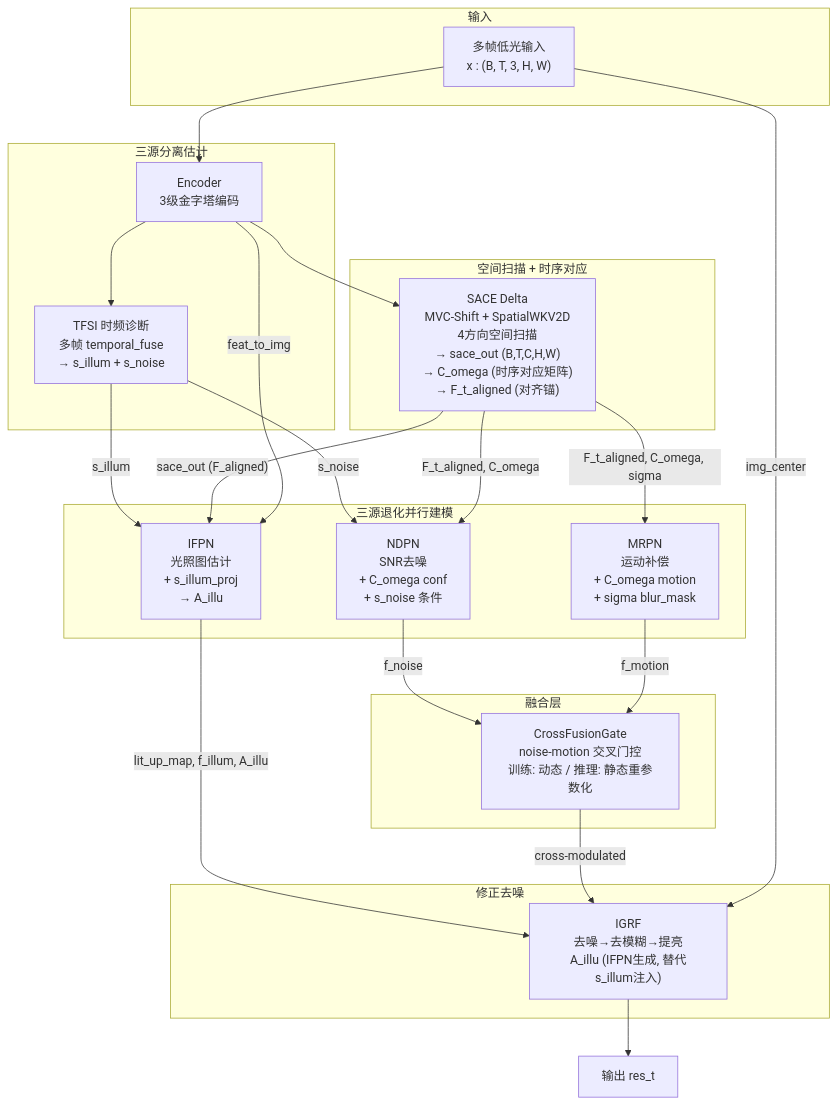
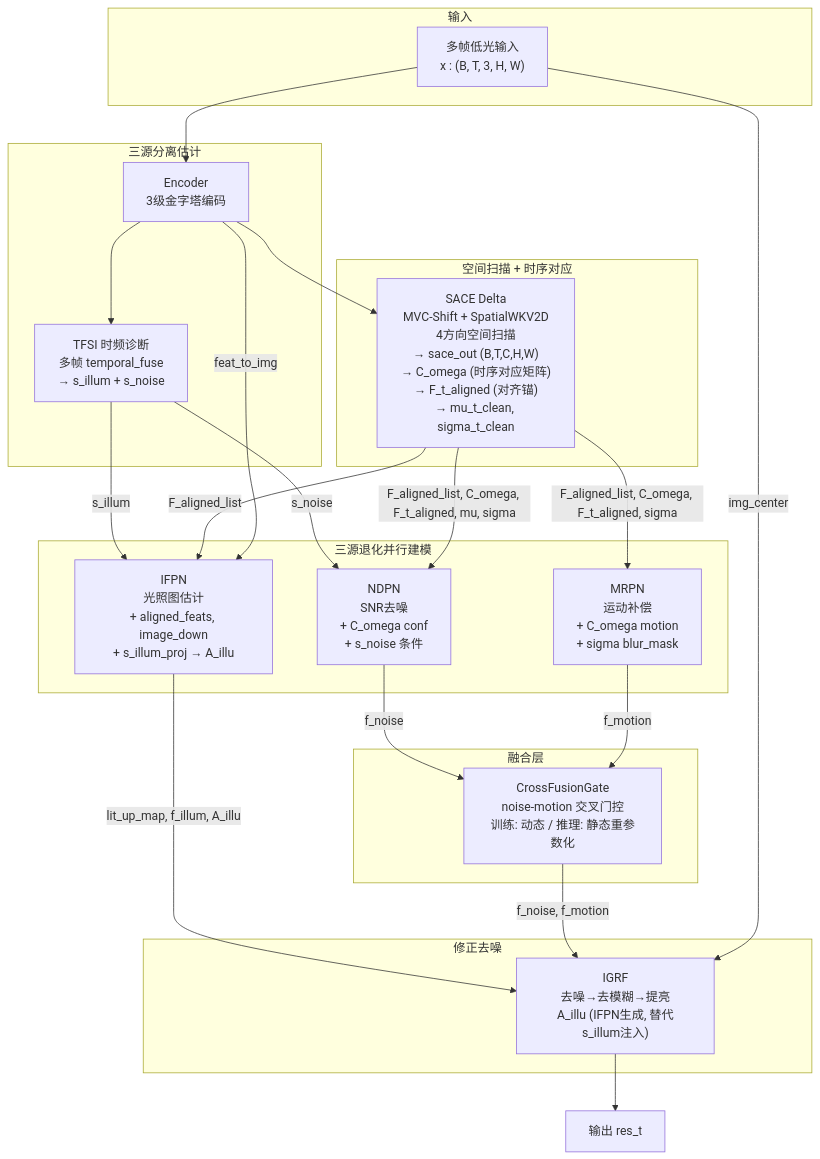
The first of 2 diagrams in docs/v6/RWKV-Delta-model/v6-delta-diagrams.md (chendeming2002/TFS-Net), drawn with Mermaid before and after one commit. The commit also changed other lines of this file, not shown here.

Commit message:
Delta1-Flight I Full-Scale Development: 结构图同步最新实现

````diff
--- a/docs/v6/RWKV-Delta-model/v6-delta-diagrams.md
+++ b/docs/v6/RWKV-Delta-model/v6-delta-diagrams.md
@@ -5,50 +5,50 @@
 ```mermaid
 flowchart TD
     subgraph 输入
         IN["多帧低光输入<br/>x : (B, T, 3, H, W)"]
     end
 
     subgraph 诊断层["三源分离估计"]
         ENC["Encoder<br/>3级金字塔编码"]
         TFSI["TFSI 时频诊断<br/>多帧 temporal_fuse<br/>→ s_illum + s_noise"]
     end
 
     subgraph 对齐层["空间扫描 + 时序对应"]
-        SACE["SACE Delta<br/>MVC-Shift + SpatialWKV2D<br/>4方向空间扫描<br/>→ sace_out (B,T,C,H,W)<br/>→ C_omega (时序对应矩阵)<br/>→ F_t_aligned (对齐锚)"]
+        SACE["SACE Delta<br/>MVC-Shift + SpatialWKV2D<br/>4方向空间扫描<br/>→ sace_out (B,T,C,H,W)<br/>→ C_omega (时序对应矩阵)<br/>→ F_t_aligned (对齐锚)<br/>→ mu_t_clean, sigma_t_clean"]
     end
 
     subgraph 处理层["三源退化并行建模"]
-        IFPN["IFPN<br/>光照图估计<br/>+ s_illum_proj<br/>→ A_illu"]
+        IFPN["IFPN<br/>光照图估计<br/>+ aligned_feats, image_down<br/>+ s_illum_proj → A_illu"]
         NDPN["NDPN<br/>SNR去噪<br/>+ C_omega conf<br/>+ s_noise 条件"]
         MRPN["MRPN<br/>运动补偿<br/>+ C_omega motion<br/>+ sigma blur_mask"]
     end
 
     subgraph 融合层
         CXF["CrossFusionGate<br/>noise-motion 交叉门控<br/>训练: 动态 / 推理: 静态重参数化"]
     end
 
     subgraph 执行层["修正去噪"]
         IGRF["IGRF<br/>去噪→去模糊→提亮<br/>A_illu (IFPN生成, 替代s_illum注入)"]
     end
 
     OUT["输出 res_t"]
 
     IN --> ENC
     ENC --> TFSI
     ENC --> SACE
     TFSI -- "s_illum" --> IFPN
     TFSI -- "s_noise" --> NDPN
 
-    SACE -- "sace_out (F_aligned)" --> IFPN
-    SACE -- "F_t_aligned, C_omega" --> NDPN
-    SACE -- "F_t_aligned, C_omega, sigma" --> MRPN
+    SACE -- "F_aligned_list" --> IFPN
+    SACE -- "F_aligned_list, C_omega, F_t_aligned, mu, sigma" --> NDPN
+    SACE -- "F_aligned_list, C_omega, F_t_aligned, sigma" --> MRPN
 
     IFPN -- "lit_up_map, f_illum, A_illu" --> IGRF
     NDPN -- "f_noise" --> CXF
     MRPN -- "f_motion" --> CXF
-    CXF -- "cross-modulated" --> IGRF
+    CXF -- "f_noise, f_motion" --> IGRF
 
     IGRF --> OUT
     IN -- "img_center" --> IGRF
     ENC -- "feat_to_img" --> IFPN
 ```
````
